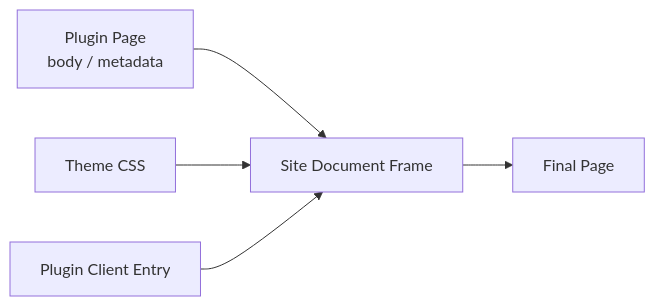
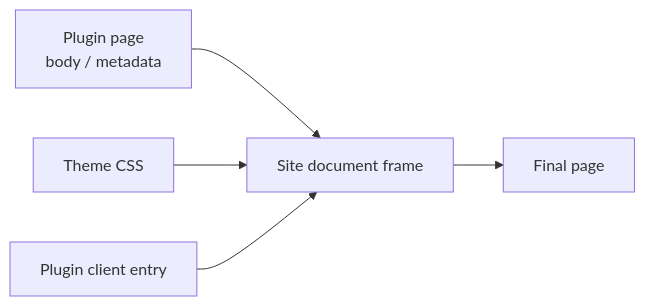
The ninth of 14 diagrams in docs/docs/framework/page-system.md (Rerurate514/riebeckite), drawn with Mermaid before and after one commit. The commit also changed other lines of this file and 604 other files, not shown here.

````diff
--- a/docs/docs/framework/page-system.md
+++ b/docs/docs/framework/page-system.md
@@ -202,13 +212,13 @@
-```mermaid id="brt8r0"
+```mermaid
 flowchart LR
-    Page["Plugin Page<br/>body / metadata"]
-    Frame["Site Document Frame"]
+    Page["Plugin page<br/>body / metadata"]
+    Frame["Site document frame"]
     Theme["Theme CSS"]
-    Client["Plugin Client Entry"]
-    Browser["Final Page"]
+    Client["Plugin client entry"]
+    Browser["Final page"]
 
     Page --> Frame
     Theme --> Frame
     Client --> Frame
     Frame --> Browser
 ```
````
